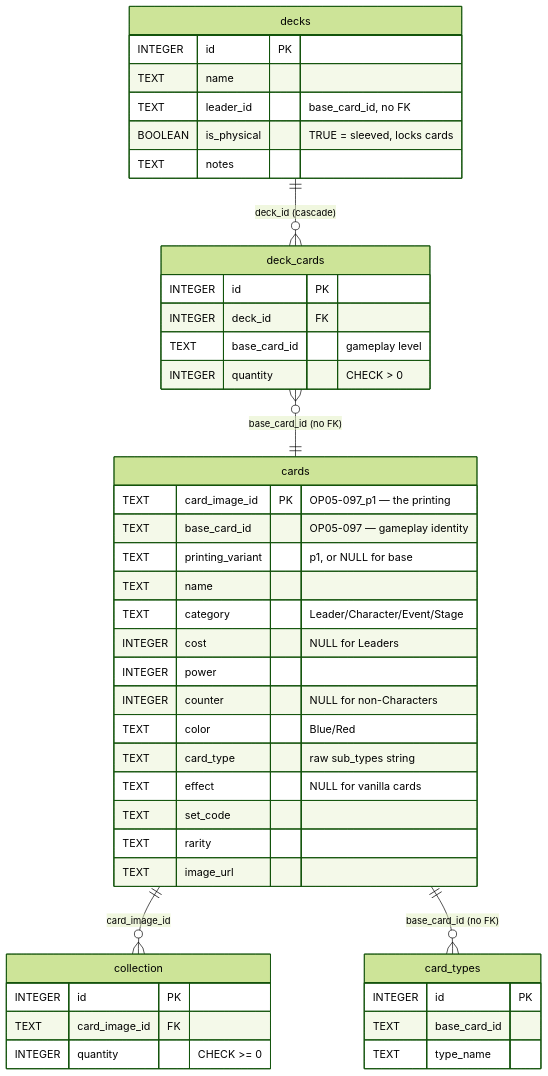
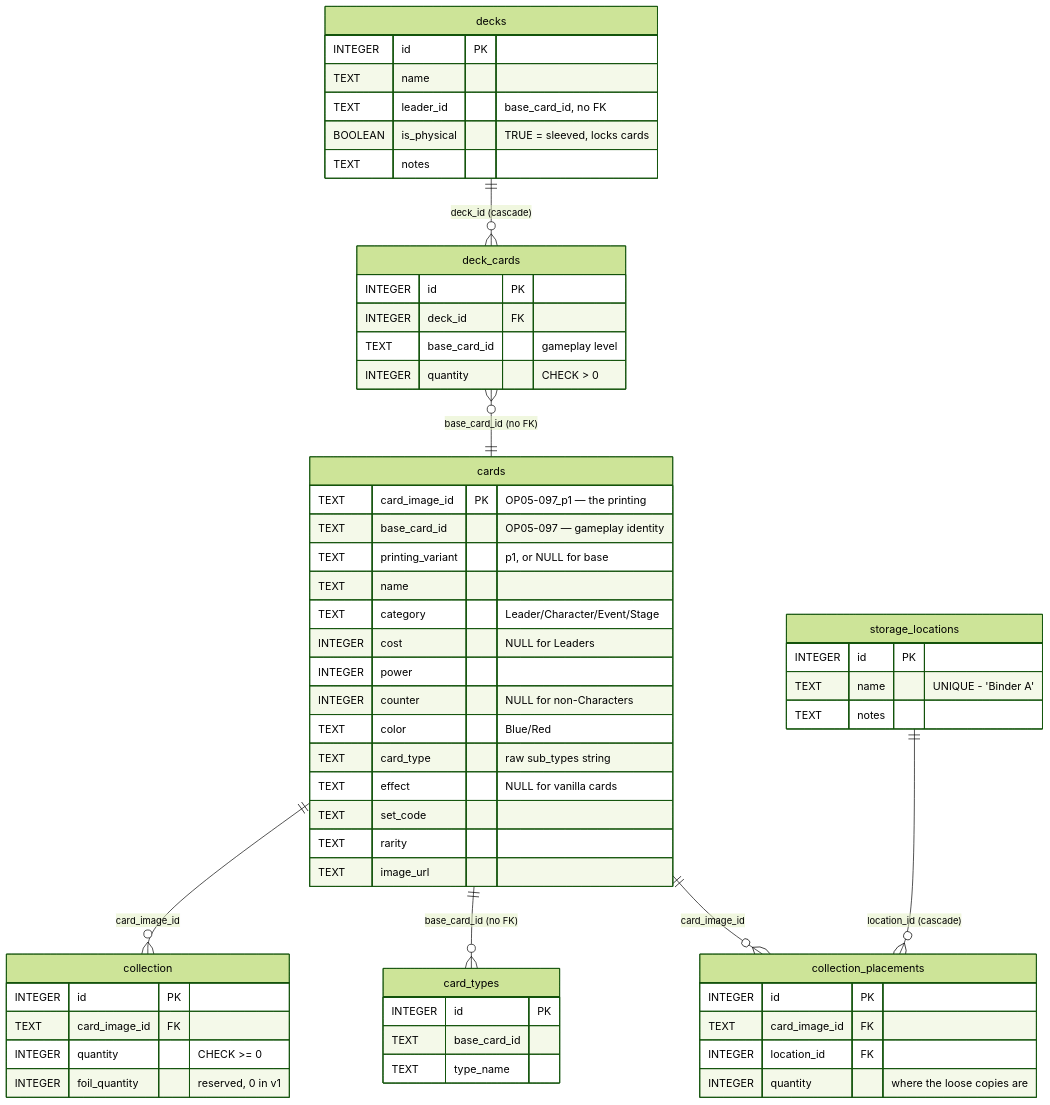
The first of 2 diagrams in DESIGN.md (ThePowerofD/onepiece-card-keeper), drawn with Mermaid (forest theme) before and after one commit. The commit also changed other lines of this file and 4 other files, not shown here.

````diff
--- a/DESIGN.md
+++ b/DESIGN.md
@@ -109,47 +108,61 @@
 ```mermaid
 erDiagram
     cards ||--o{ collection : "card_image_id"
     cards ||--o{ card_types : "base_card_id (no FK)"
+    cards ||--o{ collection_placements : "card_image_id"
+    storage_locations ||--o{ collection_placements : "location_id (cascade)"
     decks ||--o{ deck_cards : "deck_id (cascade)"
     deck_cards }o--|| cards : "base_card_id (no FK)"
 
     cards {
         TEXT card_image_id PK "OP05-097_p1 — the printing"
         TEXT base_card_id "OP05-097 — gameplay identity"
         TEXT printing_variant "p1, or NULL for base"
         TEXT name
         TEXT category "Leader/Character/Event/Stage"
         INTEGER cost "NULL for Leaders"
         INTEGER power
         INTEGER counter "NULL for non-Characters"
         TEXT color "Blue/Red"
         TEXT card_type "raw sub_types string"
         TEXT effect "NULL for vanilla cards"
         TEXT set_code
         TEXT rarity
         TEXT image_url
     }
     collection {
         INTEGER id PK
         TEXT card_image_id FK
         INTEGER quantity "CHECK >= 0"
+        INTEGER foil_quantity "reserved, 0 in v1"
+    }
+    storage_locations {
+        INTEGER id PK
+        TEXT name "UNIQUE - 'Binder A'"
+        TEXT notes
+    }
+    collection_placements {
+        INTEGER id PK
+        TEXT card_image_id FK
+        INTEGER location_id FK
+        INTEGER quantity "where the loose copies are"
     }
     decks {
         INTEGER id PK
         TEXT name
         TEXT leader_id "base_card_id, no FK"
         BOOLEAN is_physical "TRUE = sleeved, locks cards"
         TEXT notes
     }
     deck_cards {
         INTEGER id PK
         INTEGER deck_id FK
         TEXT base_card_id "gameplay level"
         INTEGER quantity "CHECK > 0"
     }
     card_types {
         INTEGER id PK
         TEXT base_card_id
         TEXT type_name
     }
 ```
````
